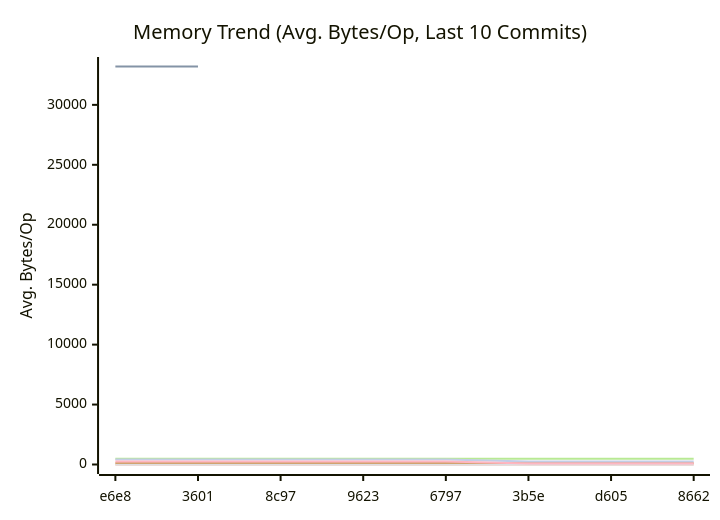
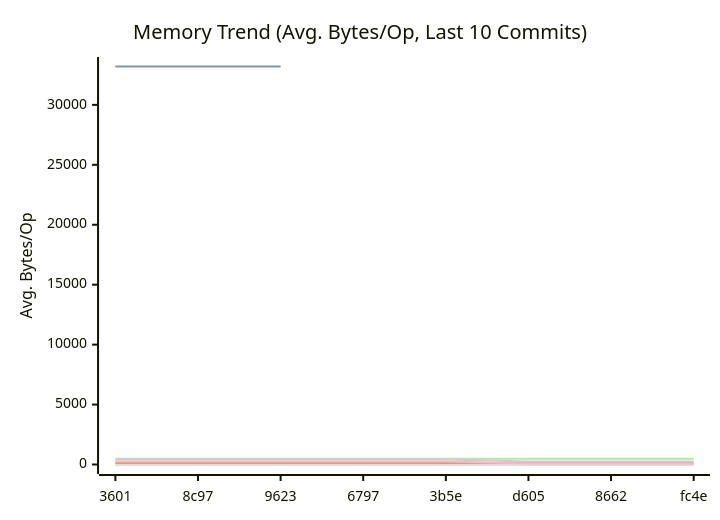
Before and after one commit to alsotoes/momo: the second of 3 diagrams in docs/README.md, drawn with Mermaid. The commit also changed other lines of this file and 1 other file, not shown here.

````diff
--- a/docs/README.md
+++ b/docs/README.md
@@ -323,15 +323,15 @@
 ```mermaid
 xychart-beta
     title "Memory Trend (Avg. Bytes/Op, Last 10 Commits)"
     x-axis "Commit"
     y-axis "Avg. Bytes/Op"
-    x-axis [e6e8,3601,8c97,9623,6797,3b5e,d605,8662]
+    x-axis [3601,8c97,9623,6797,3b5e,d605,8662,fc4e]
     line "CheckMetricsAndSwap" [0,0,0,0,0,0,0,0,0,0]
-    line "HashFile" [33197,33200]
+    line "HashFile" [33197,33200,33195]
     line "IndexDirectTracking" [0,0,0,0,0,0,0,0,0,0]
     line "IndexSearch" [0,0,0,0,0,0,0,0,0,0]
     line "LoadGlobalConfig" [480,480,480,480,480,480,480,480,480,480]
     line "PadString" [128,128,128,128,128,128,128,128,128,128]
     line "ParseReplicationOrder_NoPrealloc" [408,408,408,408,408,248,248,248,248,248]
     line "ParseReplicationOrder_Prealloc" [240,240,240,240,240,80,80,80,80,80]
 ```
````
